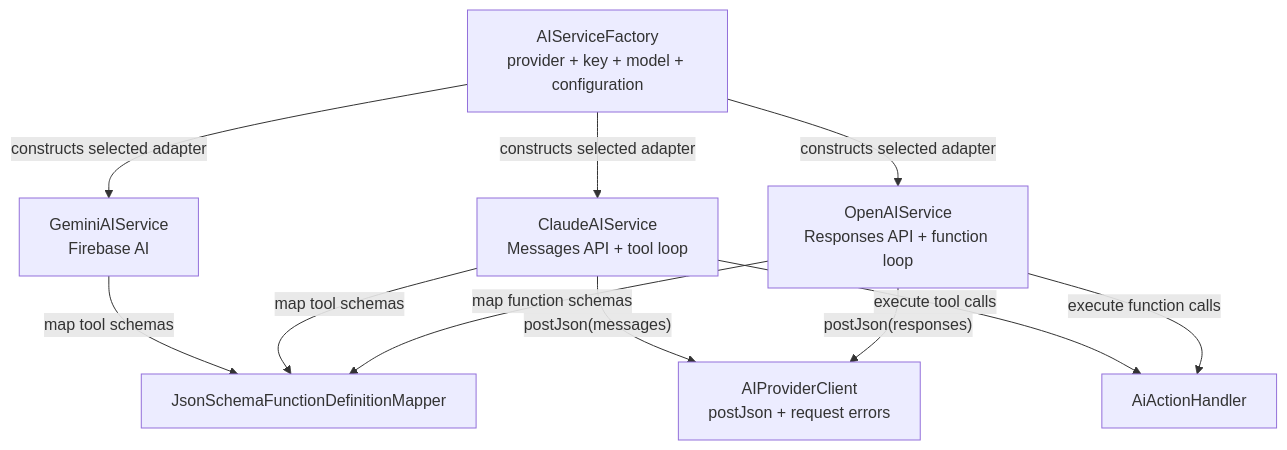
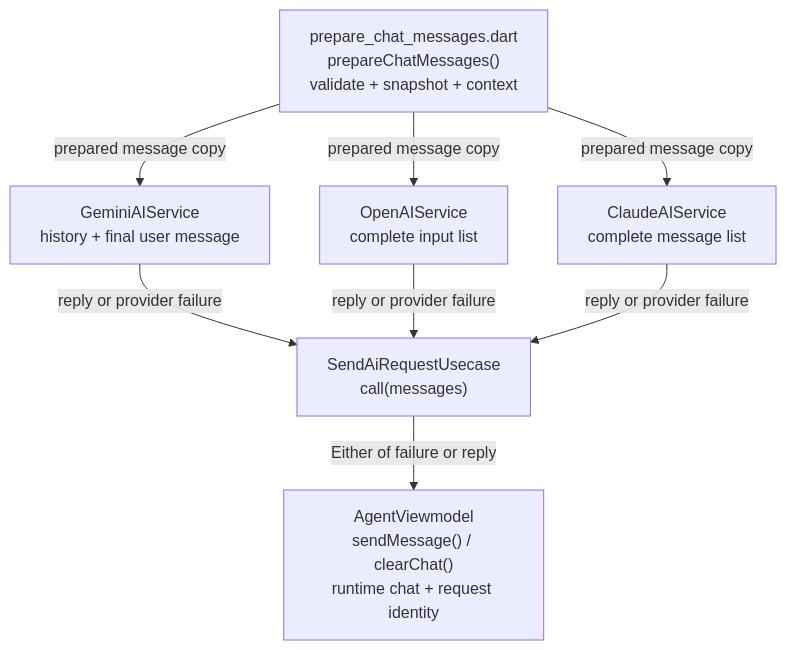
One commit to yousef-shams-akqa/ai_operator_app changed the diagram in Documentation/features/ai-providers.md. Above: the diagram before and after it, drawn with Mermaid. The commit also changed other lines of this file and 17 other files, not shown here.

````diff
--- a/Documentation/features/ai-providers.md
+++ b/Documentation/features/ai-providers.md
@@ -84,21 +107,17 @@
 ```mermaid
 flowchart TD
-  Factory["AIServiceFactory<br/>provider + key + model + configuration"]
-  Gemini["GeminiAIService<br/>Firebase AI"]
-  OpenAI["OpenAIService<br/>Responses API + function loop"]
-  Claude["ClaudeAIService<br/>Messages API + tool loop"]
-  Client["AIProviderClient<br/>postJson + request errors"]
-  Mapper["JsonSchemaFunctionDefinitionMapper"]
-  ActionHandler["AiActionHandler"]
+  Preparation["prepare_chat_messages.dart<br/>prepareChatMessages()<br/>validate + snapshot + context"]
+  Gemini["GeminiAIService<br/>history + final user message"]
+  OpenAI["OpenAIService<br/>complete input list"]
+  Claude["ClaudeAIService<br/>complete message list"]
+  Usecase["SendAiRequestUsecase<br/>call(messages)"]
+  Viewmodel["AgentViewmodel<br/>sendMessage() / clearChat()<br/>runtime chat + request identity"]
 
-  Factory -->|"constructs selected adapter"| Gemini
-  Factory -->|"constructs selected adapter"| OpenAI
-  Factory -->|"constructs selected adapter"| Claude
-  OpenAI -->|"postJson(responses)"| Client
-  Claude -->|"postJson(messages)"| Client
-  OpenAI -->|"map function schemas"| Mapper
-  Claude -->|"map tool schemas"| Mapper
-  Gemini -->|"map tool schemas"| Mapper
-  OpenAI -->|"execute function calls"| ActionHandler
-  Claude -->|"execute tool calls"| ActionHandler
+  Preparation -->|"prepared message copy"| Gemini
+  Preparation -->|"prepared message copy"| OpenAI
+  Preparation -->|"prepared message copy"| Claude
+  Gemini -->|"reply or provider failure"| Usecase
+  OpenAI -->|"reply or provider failure"| Usecase
+  Claude -->|"reply or provider failure"| Usecase
+  Usecase -->|"Either of failure or reply"| Viewmodel
 ```
````
